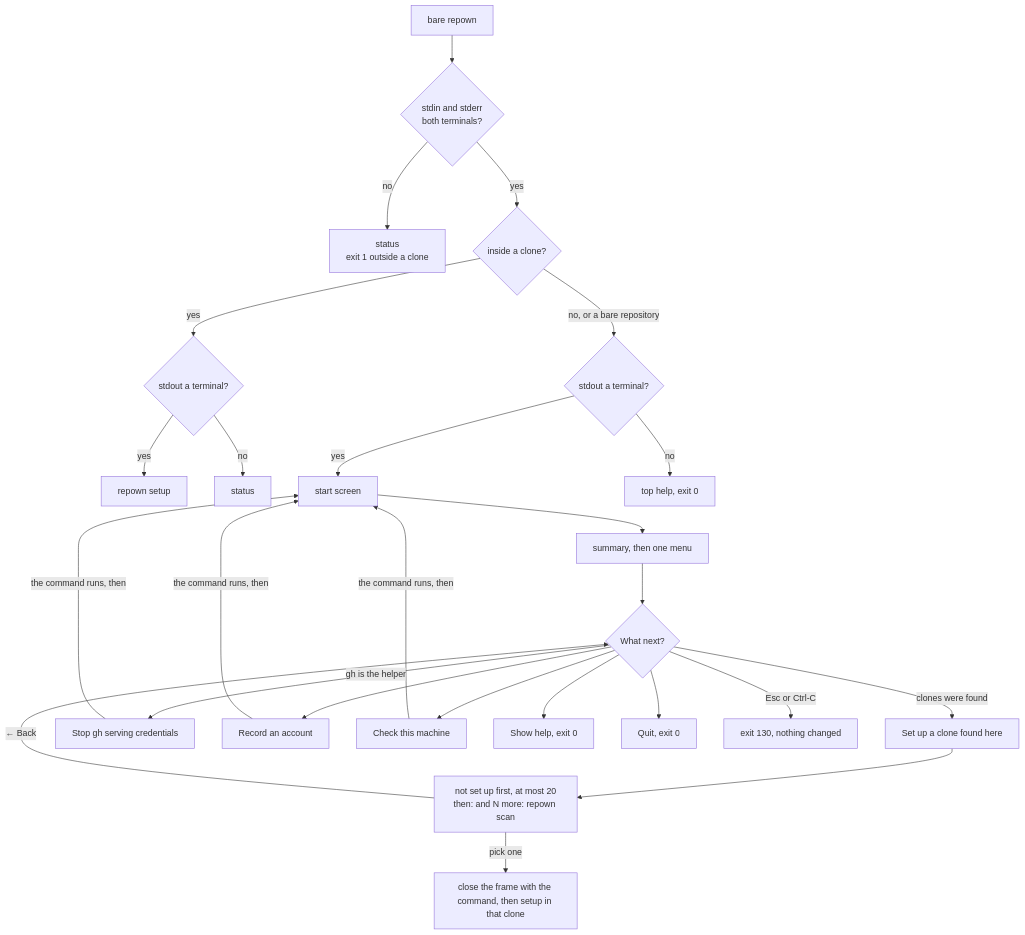
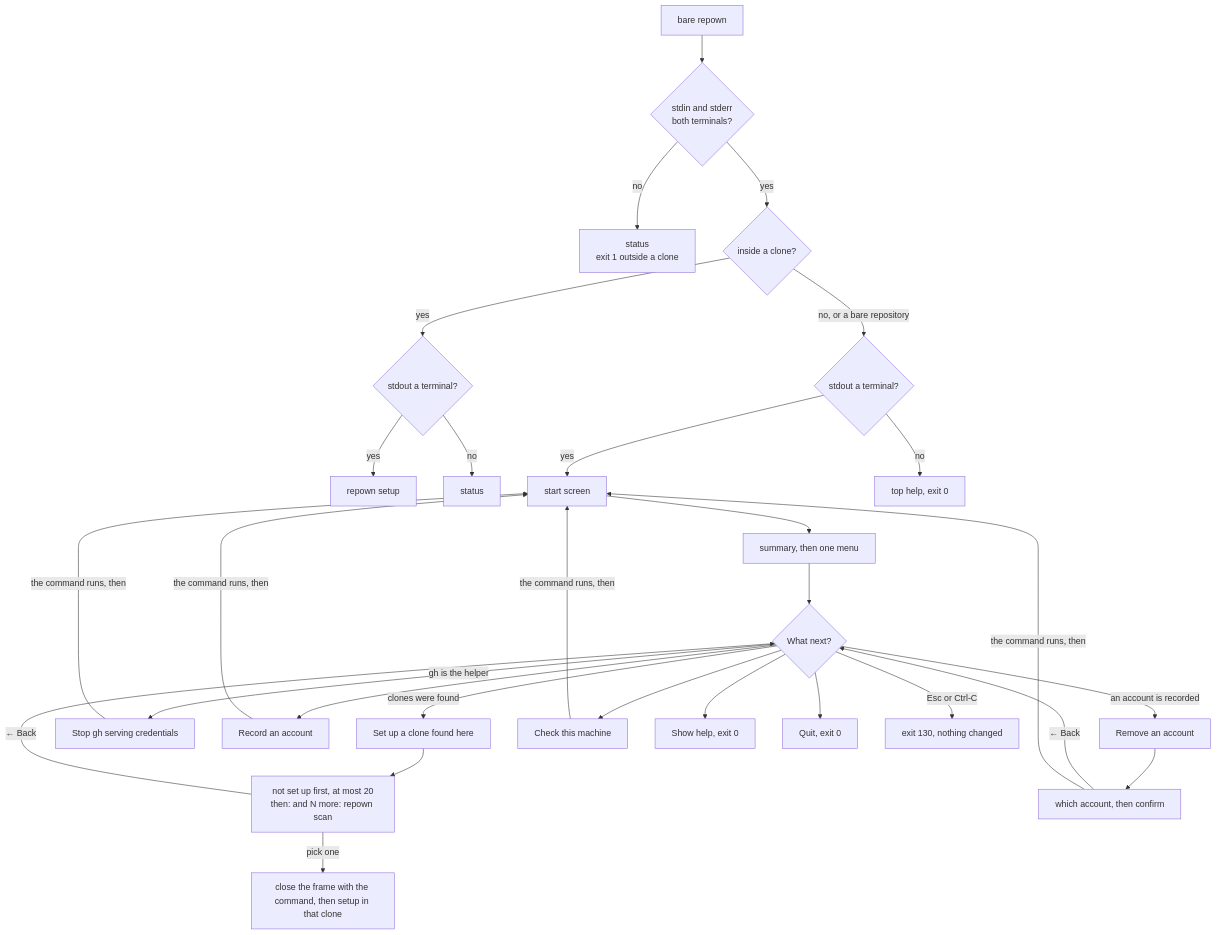
The tenth of 10 diagrams in docs/HOW-IT-WORKS.md (makubexD/repown), drawn with Mermaid before and after one commit. The commit also changed other lines of this file and 10 other files, not shown here.

First line of the commit message:
The start screen can remove an account it recorded

````diff
--- a/docs/HOW-IT-WORKS.md
+++ b/docs/HOW-IT-WORKS.md
@@ -993,25 +993,28 @@
 ```mermaid
 flowchart TD
   B["bare repown"] --> I{"stdin and stderr<br/>both terminals?"}
   I -->|no| S["status<br/>exit 1 outside a clone"]
   I -->|yes| C{"inside a clone?"}
   C -->|yes| O1{"stdout a terminal?"}
   O1 -->|yes| SU["repown setup"]
   O1 -->|no| S2["status"]
   C -->|"no, or a bare repository"| O2{"stdout a terminal?"}
   O2 -->|yes| HOME["start screen"]
   O2 -->|no| HELP["top help, exit 0"]
   HOME --> SUM["summary, then one menu"]
   SUM --> MENU{"What next?"}
   MENU -->|clones were found| SET["Set up a clone found here"]
   SET --> LIST["not set up first, at most 20<br/>then: and N more: repown scan"]
   LIST -->|pick one| RUN["close the frame with the command, then setup in that clone"]
   LIST -->|"← Back"| MENU
   MENU -->|gh is the helper| FIX["Stop gh serving credentials"]
   MENU --> ADD["Record an account"]
+  MENU -->|an account is recorded| REM["Remove an account"]
+  REM --> WHICH["which account, then confirm"]
+  WHICH -->|"← Back"| MENU
   MENU --> DOC["Check this machine"]
-  FIX & ADD & DOC -->|"the command runs, then"| HOME
+  FIX & ADD & WHICH & DOC -->|"the command runs, then"| HOME
   MENU --> SH["Show help, exit 0"]
   MENU --> QUIT["Quit, exit 0"]
   MENU -->|Esc or Ctrl-C| ESC["exit 130, nothing changed"]
 ```
````
